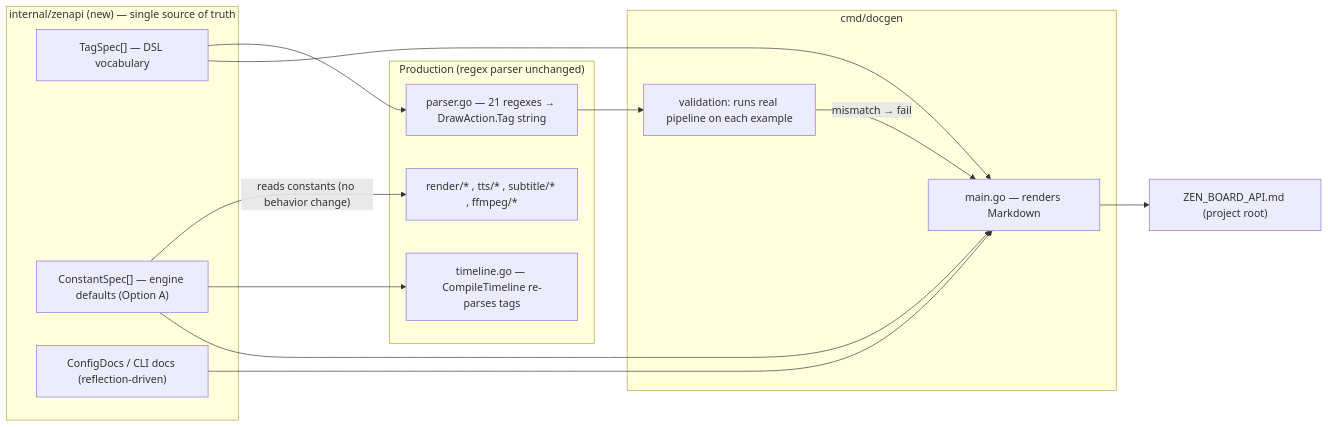
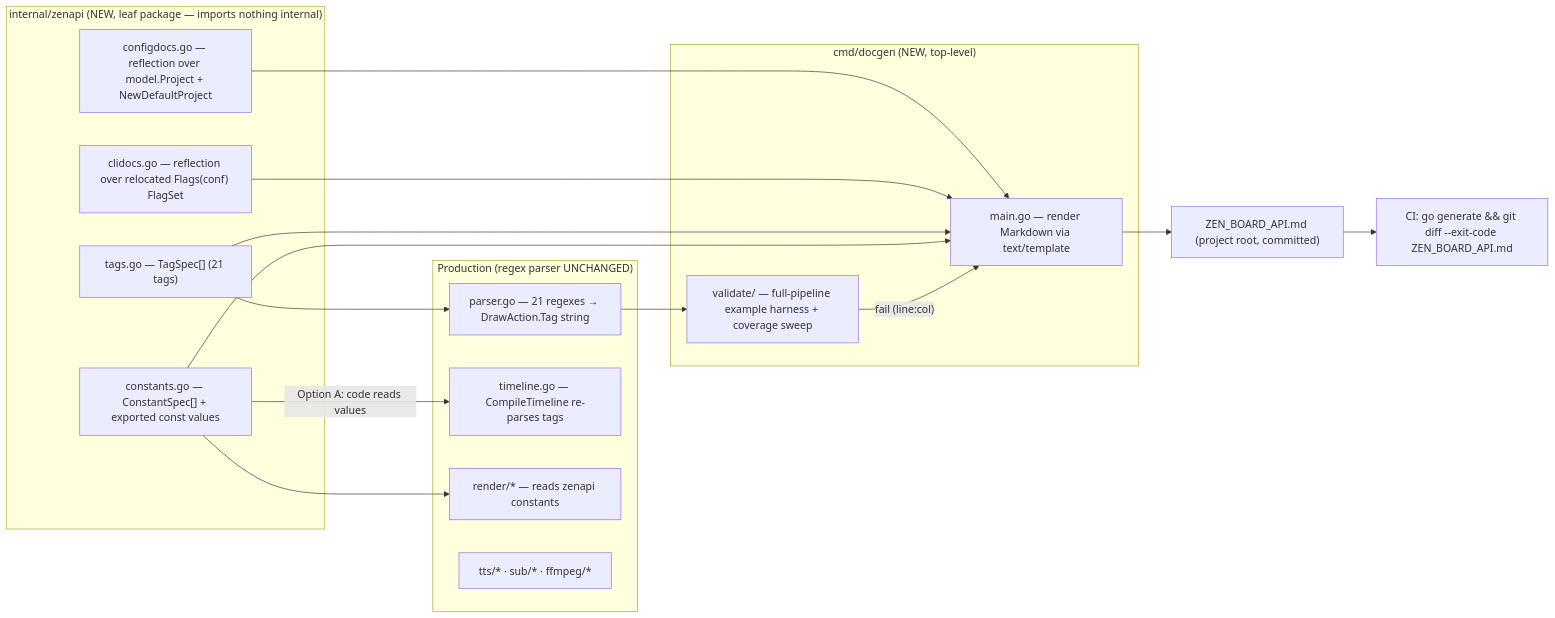
One commit to PrivateArena/zen-board changed the first of 2 diagrams in ARCHITECTURE_PLAN_docs-generator-regex-parser.md. Above: the diagram before and after it, drawn with Mermaid. The commit also changed other lines of this file, not shown here.

Commit message:
docs: update architecture plan to reflect the new zenapi registry design and doc-generation pipeline

````diff
--- a/ARCHITECTURE_PLAN_docs-generator-regex-parser.md
+++ b/ARCHITECTURE_PLAN_docs-generator-regex-parser.md
@@ -11,29 +45,33 @@
 ```mermaid
 flowchart LR
-    subgraph R["internal/zenapi (new) — single source of truth"]
-        TS["TagSpec[] — DSL vocabulary"]
-        CS["ConstantSpec[] — engine defaults (Option A)"]
-        CD["ConfigDocs / CLI docs (reflection-driven)"]
+    subgraph R["internal/zenapi (NEW, leaf package — imports nothing internal)"]
+        TS["tags.go — TagSpec[] (21 tags)"]
+        CS["constants.go — ConstantSpec[] + exported const values"]
+        CD["configdocs.go — reflection over model.Project + NewDefaultProject"]
+        CL["clidocs.go — reflection over relocated Flags(conf) FlagSet"]
     end
 
-    subgraph PROD["Production (regex parser unchanged)"]
+    subgraph PROD["Production (regex parser UNCHANGED)"]
         P["parser.go — 21 regexes → DrawAction.Tag string"]
         C["timeline.go — CompileTimeline re-parses tags"]
-        L["render/* , tts/* , subtitle/* , ffmpeg/*"]
+        R2["render/* — reads zenapi constants"]
+        TTS["tts/* · sub/* · ffmpeg/*"]
     end
 
-    subgraph DOC["cmd/docgen"]
-        G["main.go — renders Markdown"]
-        V["validation: runs real pipeline on each example"]
+    subgraph DOC["cmd/docgen (NEW, top-level)"]
+        GEN["main.go — render Markdown via text/template"]
+        HARNESS["validate/ — full-pipeline example harness + coverage sweep"]
     end
 
     TS --> P
-    CS -->|"reads constants (no behavior change)"| L
-    CS --> C
-    TS --> G
-    CS --> G
-    CD --> G
-    P --> V
-    G --> M["ZEN_BOARD_API.md (project root)"]
-    V -->|"mismatch → fail"| G
+    CS -->|"Option A: code reads values"| C
+    CS --> R2
+    CD --> GEN
+    CL --> GEN
+    TS --> GEN
+    CS --> GEN
+    P --> HARNESS
+    HARNESS -->|"fail (line:col)"| GEN
+    GEN --> M["ZEN_BOARD_API.md (project root, committed)"]
+    M --> CI["CI: go generate && git diff --exit-code ZEN_BOARD_API.md"]
 ```
````
